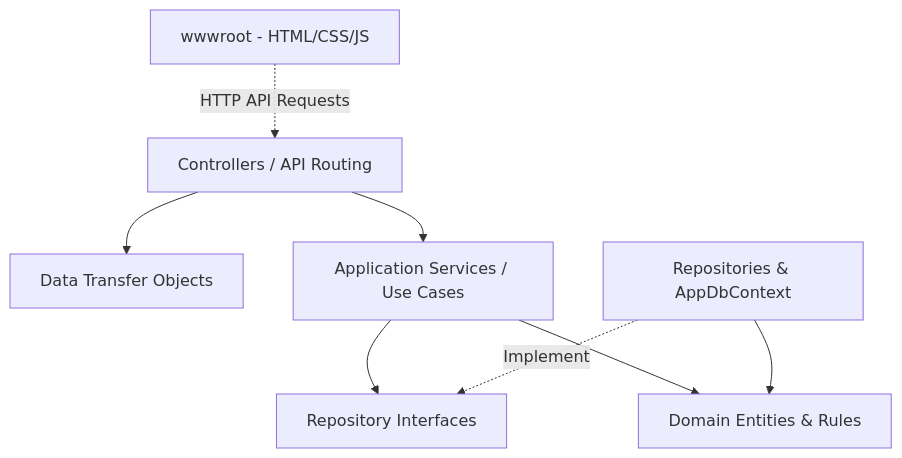
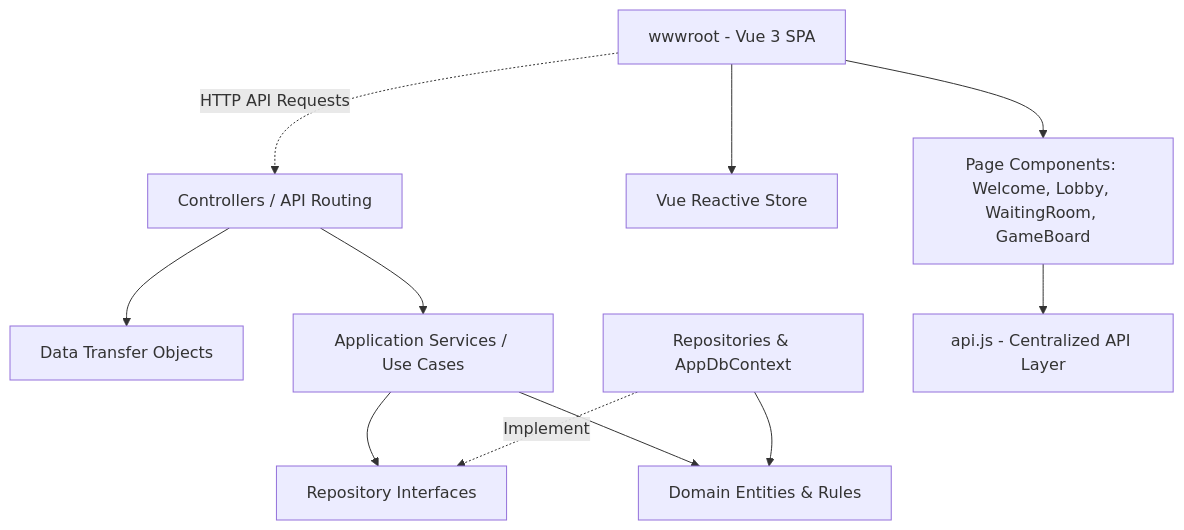
One commit to alvansga/web_app_dotnet changed the diagram in DOCUMENTATION.md. Above: the diagram before and after it, drawn with Mermaid. The commit also changed other lines of this file and 11 other files, not shown here.

````diff
--- a/DOCUMENTATION.md
+++ b/DOCUMENTATION.md
@@ -21,10 +21,13 @@
 ```mermaid
 graph TD
     Controller[Controllers / API Routing] --> DTO[Data Transfer Objects]
     Controller --> Services[Application Services / Use Cases]
     Services --> Interfaces[Repository Interfaces]
     Services --> Domain[Domain Entities & Rules]
     Infrastructure[Repositories & AppDbContext] -. Implement .-> Interfaces
     Infrastructure --> Domain
-    Frontend[wwwroot - HTML/CSS/JS] -. HTTP API Requests .-> Controller
+    Frontend[wwwroot - Vue 3 SPA] -. HTTP API Requests .-> Controller
+    Frontend --> Store[Vue Reactive Store]
+    Frontend --> Components[Page Components: Welcome, Lobby, WaitingRoom, GameBoard]
+    Components --> APILayer[api.js - Centralized API Layer]
 ```
````
